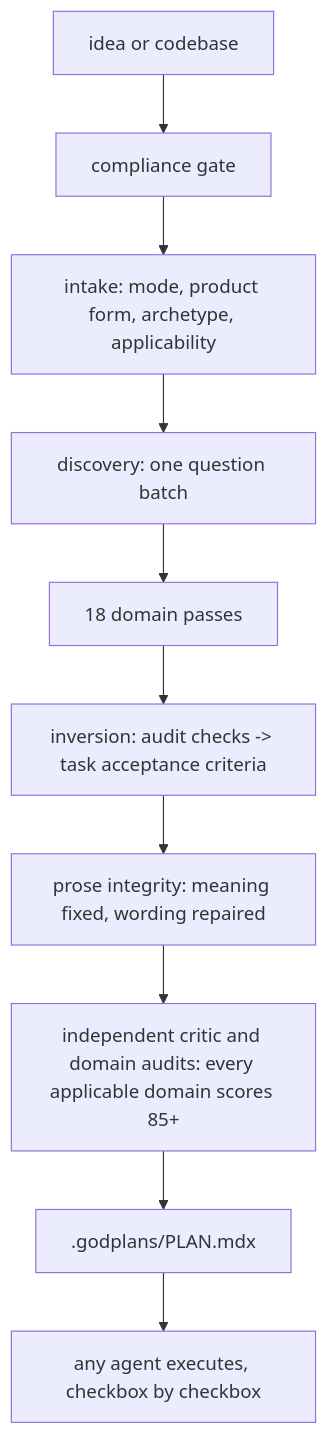
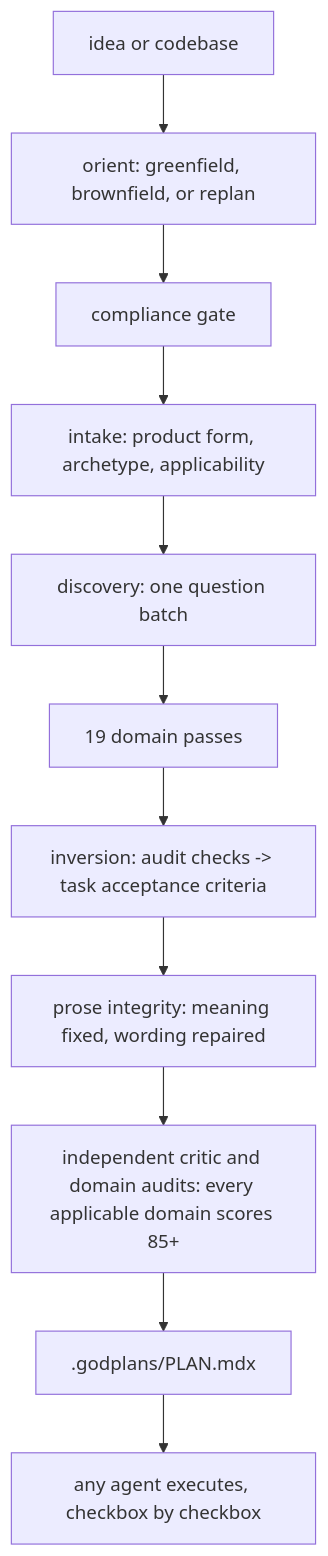
One commit to hannsxpeter/godplans changed the diagram in README.md. Above: the diagram before and after it, drawn with Mermaid. The commit also changed other lines of this file and 11 other files, not shown here.

````diff
--- a/README.md
+++ b/README.md
@@ -145,12 +148,13 @@
 ```mermaid
 graph TD
-  A[idea or codebase] --> B[compliance gate]
-  B --> C[intake: mode, product form, archetype, applicability]
+  A[idea or codebase] --> O[orient: greenfield, brownfield, or replan]
+  O --> B[compliance gate]
+  B --> C[intake: product form, archetype, applicability]
   C --> D[discovery: one question batch]
-  D --> E[18 domain passes]
+  D --> E[19 domain passes]
   E --> F[inversion: audit checks -> task acceptance criteria]
   F --> G[prose integrity: meaning fixed, wording repaired]
   G --> H[independent critic and domain audits: every applicable domain scores 85+]
   H --> I[.godplans/PLAN.mdx]
   I --> J[any agent executes, checkbox by checkbox]
 ```
````
